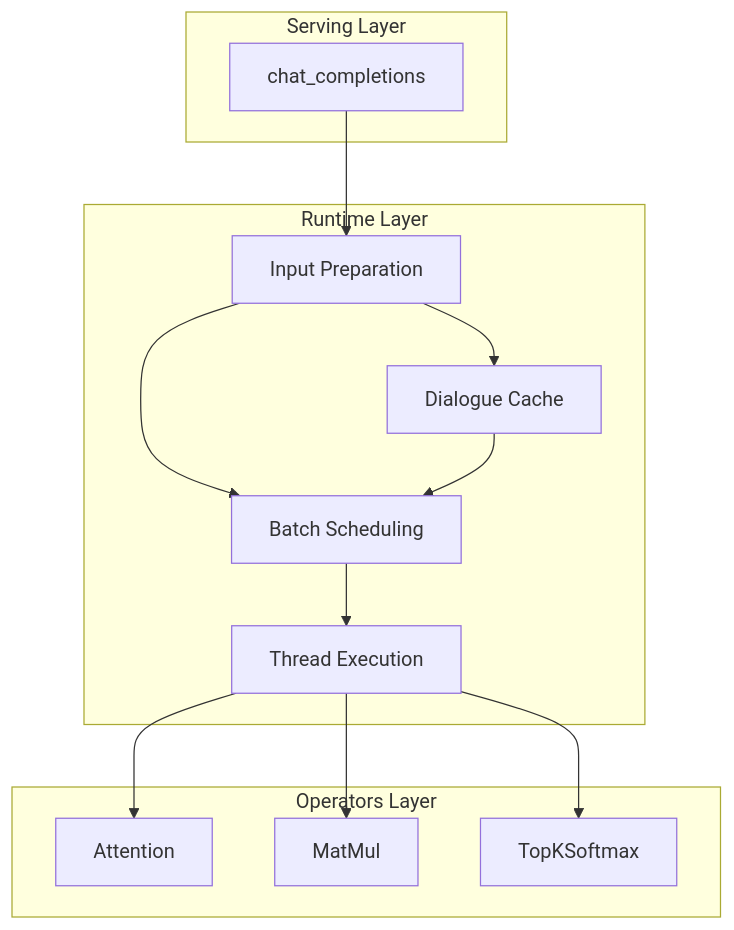
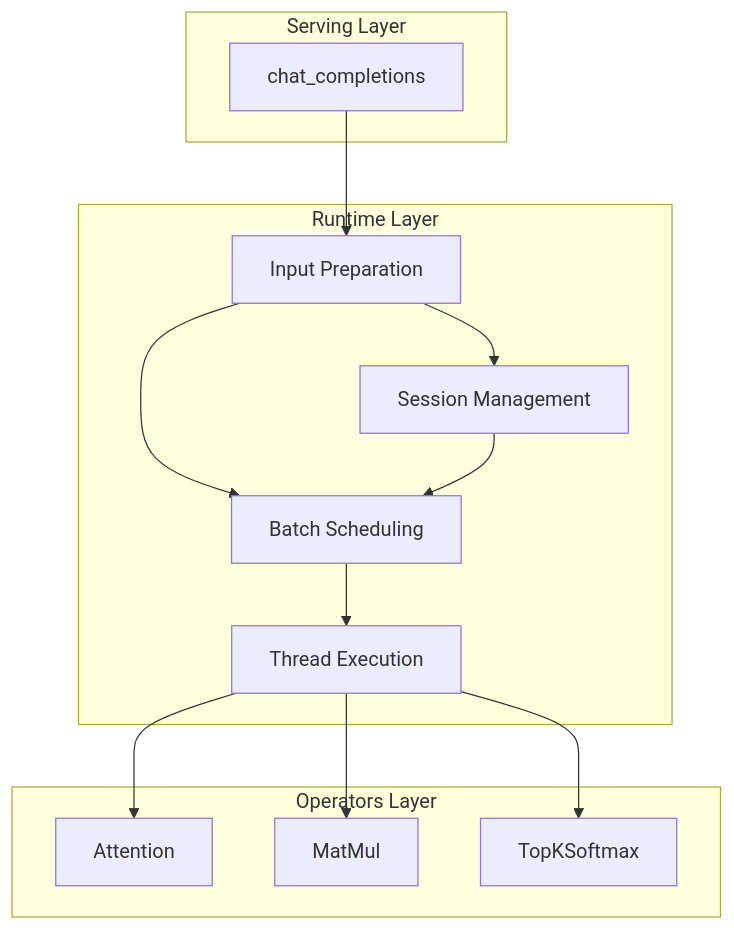
One commit to lucienhuangfu/eLLM changed the first of 4 diagrams in docs/design/runtime/overview.md. Above: the diagram before and after it, drawn with Mermaid. The commit also changed other lines of this file and 45 other files, not shown here.

````diff
--- a/docs/design/runtime/overview.md
+++ b/docs/design/runtime/overview.md
@@ -29,28 +29,28 @@
 ```mermaid
 flowchart TB
     subgraph Serving Layer
         A[chat_completions]
     end
 
     subgraph Runtime Layer
         B[Input Preparation]
         C[Batch Scheduling]
         D[Thread Execution]
-        E[Dialogue Cache]
+        E[Session Management]
     end
 
     subgraph Operators Layer
         F[Attention]
         G[MatMul]
         H[TopKSoftmax]
     end
 
     A --> B
     B --> C
     B --> E
     C --> D
     D --> F
     D --> G
     D --> H
     E --> C
 ```
````
